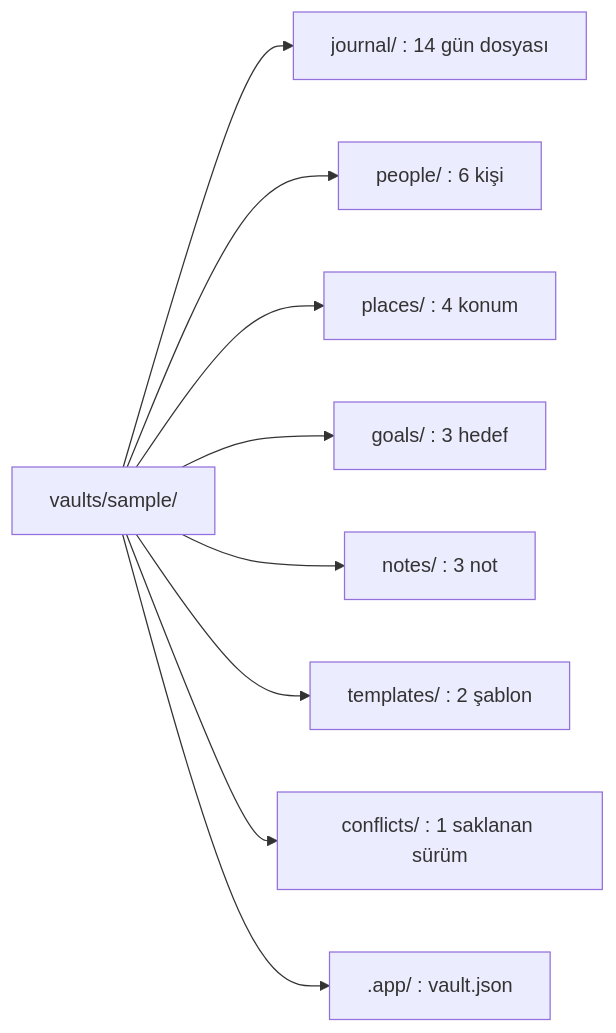
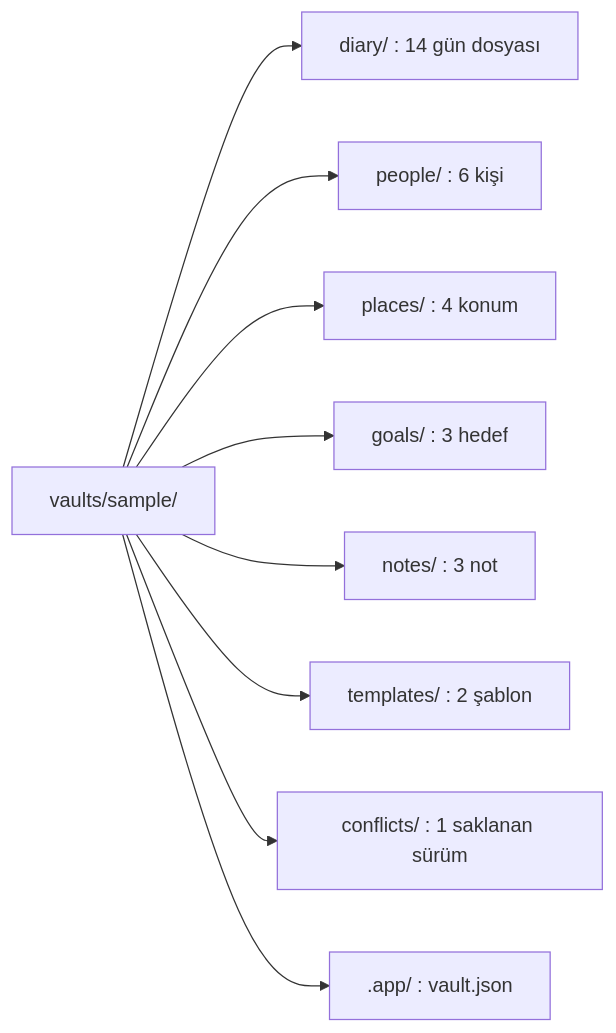
Before and after one commit to dogancanyildiz/kenet: the tenth of 11 diagrams in docs/fixtures.md, drawn with Mermaid. The commit also changed other lines of this file and 1289 other files, not shown here.

First line of the commit message:
chore: Journal adı kalkar; Günlük Diary, kasa diary/ (#400)

````diff
--- a/docs/fixtures.md
+++ b/docs/fixtures.md
@@ -1194,11 +1196,11 @@
 ```mermaid
 flowchart LR
-  S["vaults/sample/"] --> J["journal/ : 14 gün dosyası"]
+  S["vaults/sample/"] --> J["diary/ : 14 gün dosyası"]
   S --> P["people/ : 6 kişi"]
   S --> L["places/ : 4 konum"]
   S --> G["goals/ : 3 hedef"]
   S --> N["notes/ : 3 not"]
   S --> T["templates/ : 2 şablon"]
   S --> C["conflicts/ : 1 saklanan sürüm"]
   S --> A[".app/ : vault.json"]
 ```
````
